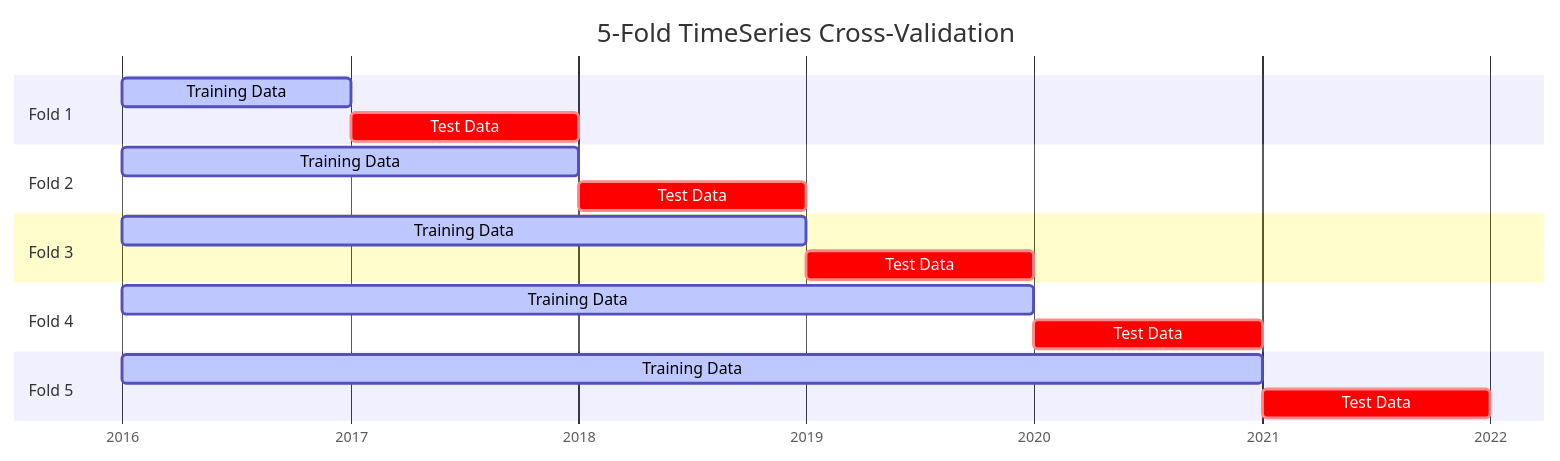
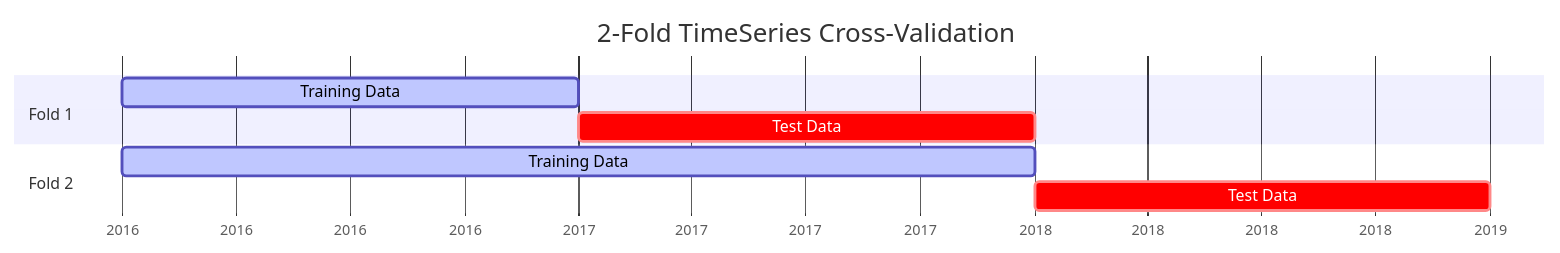
Before and after one commit to kleinnconrad/stock-predictor: the first of 2 diagrams in README.md, drawn with Mermaid. The commit also changed other lines of this file and 1 other file, not shown here.

Commit message:
feat: implement macro modeling step and update cross-validation to 2-fold TimeSeriesSplit

````diff
--- a/README.md
+++ b/README.md
@@ -39,26 +39,14 @@
 ```mermaid
 gantt
-    title 5-Fold TimeSeries Cross-Validation
+    title 2-Fold TimeSeries Cross-Validation
     dateFormat  YYYY-MM-DD
     axisFormat  %Y
     
     section Fold 1
     Training Data :active, 2016-01-01, 2017-01-01
     Test Data     :crit, 2017-01-01, 2018-01-01
     
     section Fold 2
     Training Data :active, 2016-01-01, 2018-01-01
     Test Data     :crit, 2018-01-01, 2019-01-01
-    
-    section Fold 3
-    Training Data :active, 2016-01-01, 2019-01-01
-    Test Data     :crit, 2019-01-01, 2020-01-01
-    
-    section Fold 4
-    Training Data :active, 2016-01-01, 2020-01-01
-    Test Data     :crit, 2020-01-01, 2021-01-01
-    
-    section Fold 5
-    Training Data :active, 2016-01-01, 2021-01-01
-    Test Data     :crit, 2021-01-01, 2022-01-01
 ```
````
